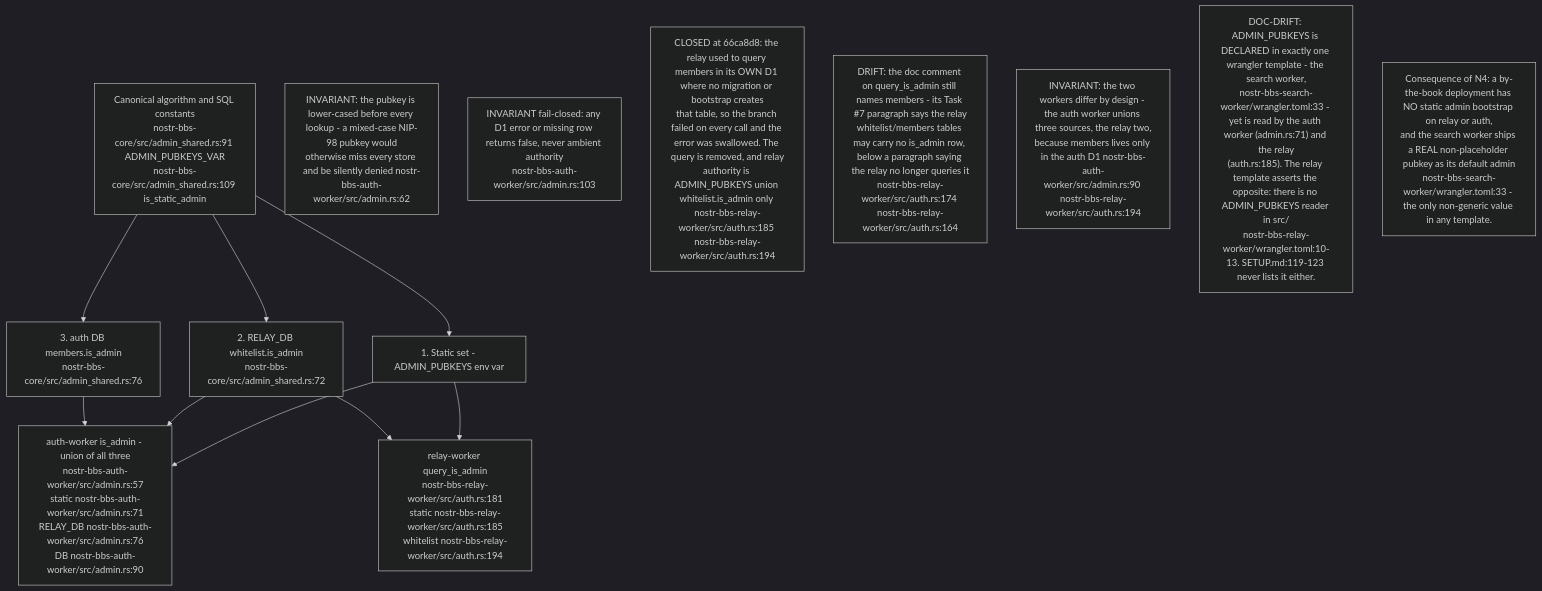
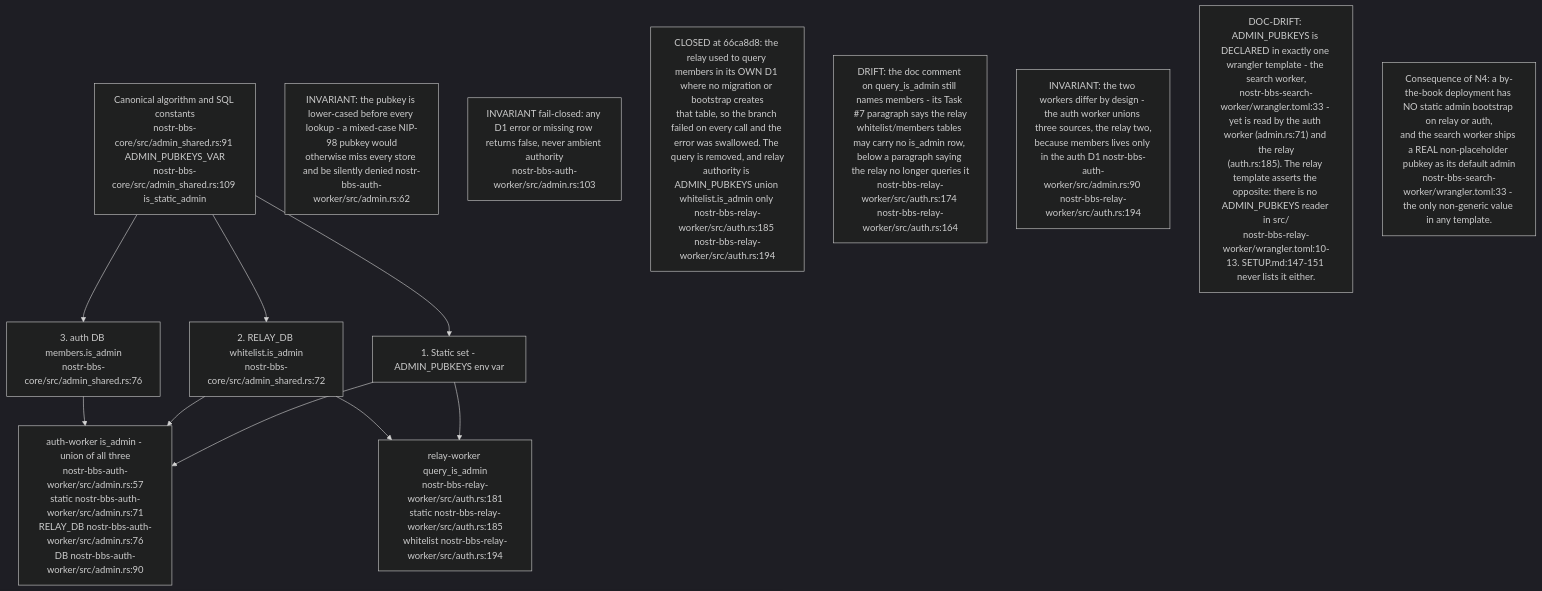
One commit to DreamLab-AI/VisionFlow changed the seventh of 9 diagrams in docs/diagrams/nostr-rust-forum/08-config-zones-stores-and-admin-authority.md. Above: the diagram before and after it, drawn with Mermaid (dark theme). The commit also changed other lines of this file and 160 other files, not shown here.

````diff
--- a/docs/diagrams/nostr-rust-forum/08-config-zones-stores-and-admin-authority.md
+++ b/docs/diagrams/nostr-rust-forum/08-config-zones-stores-and-admin-authority.md
@@ -241,21 +246,21 @@
 ```mermaid
 flowchart TB
     CANON["Canonical algorithm and SQL constants<br/>nostr-bbs-core/src/admin_shared.rs:91 ADMIN_PUBKEYS_VAR<br/>nostr-bbs-core/src/admin_shared.rs:109 is_static_admin"]
     S1["1. Static set - ADMIN_PUBKEYS env var"]
     S2["2. RELAY_DB whitelist.is_admin<br/>nostr-bbs-core/src/admin_shared.rs:72"]
     S3["3. auth DB members.is_admin<br/>nostr-bbs-core/src/admin_shared.rs:76"]
     AUTHIS["auth-worker is_admin - union of all three<br/>nostr-bbs-auth-worker/src/admin.rs:57<br/>static nostr-bbs-auth-worker/src/admin.rs:71<br/>RELAY_DB nostr-bbs-auth-worker/src/admin.rs:76<br/>DB nostr-bbs-auth-worker/src/admin.rs:90"]
     RELIS["relay-worker query_is_admin<br/>nostr-bbs-relay-worker/src/auth.rs:181<br/>static nostr-bbs-relay-worker/src/auth.rs:185<br/>whitelist nostr-bbs-relay-worker/src/auth.rs:194"]
 
     CANON --> S1 & S2 & S3
     S1 & S2 & S3 --> AUTHIS
     S1 & S2 --> RELIS
 
     N1["INVARIANT: the pubkey is lower-cased before every lookup - a mixed-case NIP-98 pubkey would<br/>otherwise miss every store and be silently denied nostr-bbs-auth-worker/src/admin.rs:62"]
     N2["INVARIANT fail-closed: any D1 error or missing row returns false, never ambient authority<br/>nostr-bbs-auth-worker/src/admin.rs:103"]
     N3["CLOSED at 66ca8d8: the relay used to query members in its OWN D1 where no migration or bootstrap creates<br/>that table, so the branch failed on every call and the error was swallowed. The query is removed, and relay<br/>authority is ADMIN_PUBKEYS union whitelist.is_admin only nostr-bbs-relay-worker/src/auth.rs:185 nostr-bbs-relay-worker/src/auth.rs:194"]
     N3B["DRIFT: the doc comment on query_is_admin still names members - its Task #7 paragraph says the relay<br/>whitelist/members tables may carry no is_admin row, below a paragraph saying the relay no longer queries it<br/>nostr-bbs-relay-worker/src/auth.rs:174 nostr-bbs-relay-worker/src/auth.rs:164"]
     N3C["INVARIANT: the two workers differ by design - the auth worker unions three sources, the relay two,<br/>because members lives only in the auth D1 nostr-bbs-auth-worker/src/admin.rs:90 nostr-bbs-relay-worker/src/auth.rs:194"]
-    N4["DOC-DRIFT: ADMIN_PUBKEYS is DECLARED in exactly one wrangler template - the search worker,<br/>nostr-bbs-search-worker/wrangler.toml:33 - yet is read by the auth worker (admin.rs:71) and the relay<br/>(auth.rs:185). The relay template asserts the opposite: there is no ADMIN_PUBKEYS reader in src/<br/>nostr-bbs-relay-worker/wrangler.toml:10-13. SETUP.md:119-123 never lists it either."]
+    N4["DOC-DRIFT: ADMIN_PUBKEYS is DECLARED in exactly one wrangler template - the search worker,<br/>nostr-bbs-search-worker/wrangler.toml:33 - yet is read by the auth worker (admin.rs:71) and the relay<br/>(auth.rs:185). The relay template asserts the opposite: there is no ADMIN_PUBKEYS reader in src/<br/>nostr-bbs-relay-worker/wrangler.toml:10-13. SETUP.md:147-151 never lists it either."]
     N5["Consequence of N4: a by-the-book deployment has NO static admin bootstrap on relay or auth,<br/>and the search worker ships a REAL non-placeholder pubkey as its default admin<br/>nostr-bbs-search-worker/wrangler.toml:33 - the only non-generic value in any template."]
 ```
````
